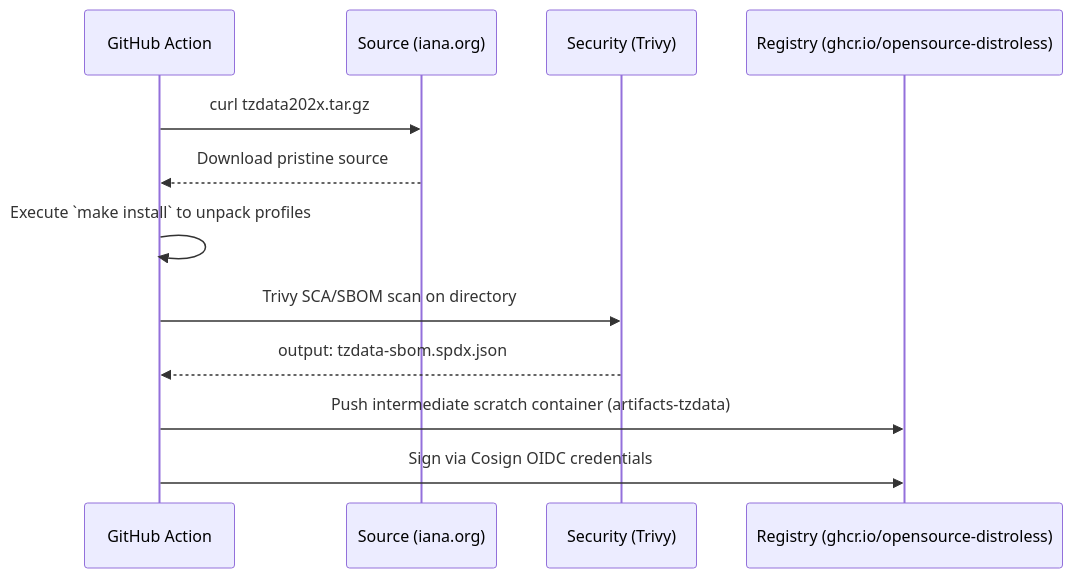
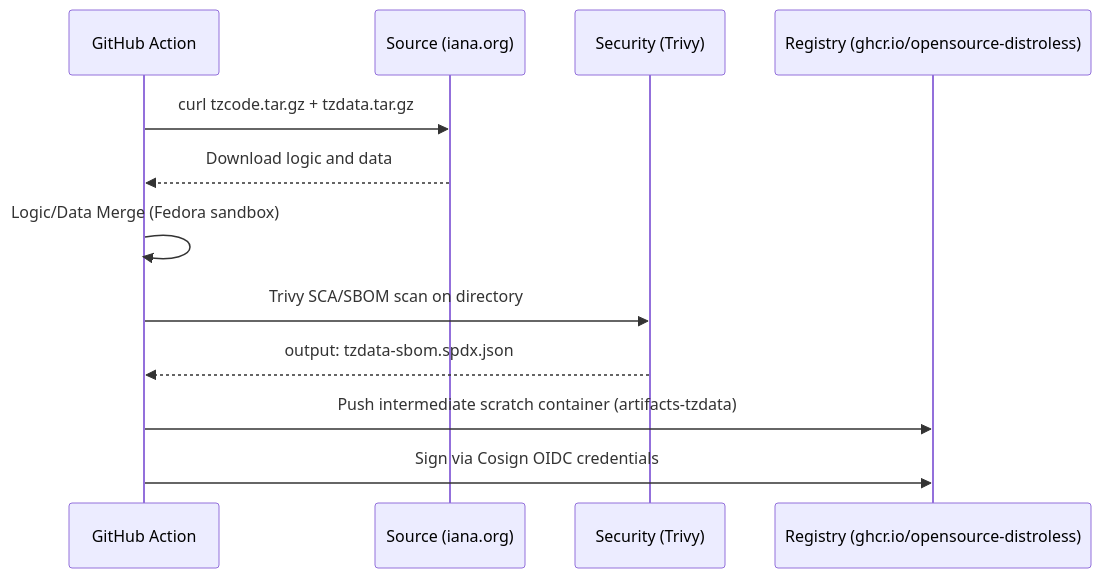
The diagram in docs/mermaid/build-tzdata.mmd (mbuccarello/distroless-the-hard-way), drawn with Mermaid before and after one commit. The commit also changed 22 other files, not shown here.

```diff
--- a/docs/mermaid/build-tzdata.mmd
+++ b/docs/mermaid/build-tzdata.mmd
@@ -1,16 +1,16 @@
 sequenceDiagram
     participant GH as GitHub Action
     participant S as Source (iana.org)
     participant Sec as Security (Trivy)
     participant R as Registry (ghcr.io/opensource-distroless)
     
-    GH->>S: curl tzdata202x.tar.gz
-    S-->>GH: Download pristine source
+    GH->>S: curl tzcode.tar.gz + tzdata.tar.gz
+    S-->>GH: Download logic and data
     
-    GH->>GH: Execute `make install` to unpack profiles
+    GH->>GH: Logic/Data Merge (Fedora sandbox)
     
     GH->>Sec: Trivy SCA/SBOM scan on directory
     Sec-->>GH: output: tzdata-sbom.spdx.json
     
     GH->>R: Push intermediate scratch container (artifacts-tzdata)
     GH->>R: Sign via Cosign OIDC credentials
```
